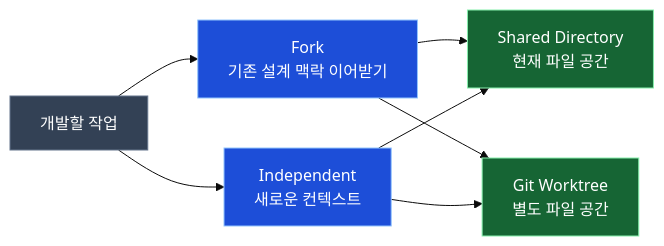
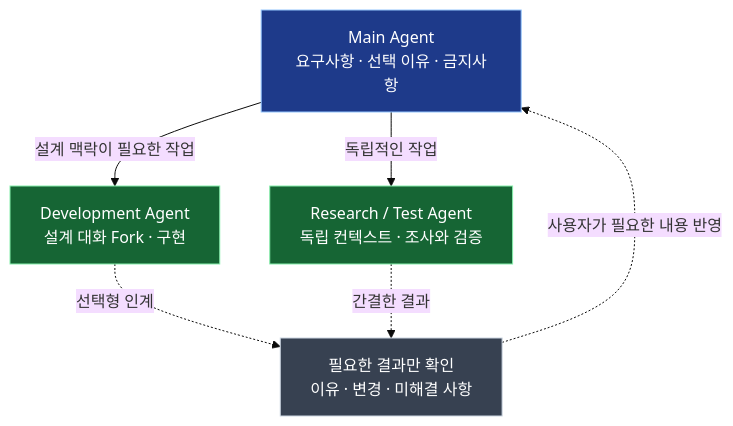
One commit to SEONGMINY/pi-compose changed the diagram in README.md. Above: the diagram before and after it, drawn with Mermaid (base theme). The commit also changed other lines of this file, not shown here.

Commit message:
docs: lead Pi Compose README with concrete work experience instead of feature inventory

````diff
--- a/README.md
+++ b/README.md
@@ -87,22 +35,20 @@
 ```mermaid
-flowchart LR
-  START["개발할 작업"]
-  FORK["Fork<br/>기존 설계 맥락 이어받기"]
-  INDEP["Independent<br/>새로운 컨텍스트"]
-  SHARED["Shared Directory<br/>현재 파일 공간"]
-  TREE["Git Worktree<br/>별도 파일 공간"]
+flowchart TD
+    M["Main Agent<br/>요구사항 · 선택 이유 · 금지사항"]
+    D["Development Agent<br/>설계 대화 Fork · 구현"]
+    R["Research / Test Agent<br/>독립 컨텍스트 · 조사와 검증"]
+    H["필요한 결과만 확인<br/>이유 · 변경 · 미해결 사항"]
 
-  START --> FORK
-  START --> INDEP
-  FORK --> SHARED
-  FORK --> TREE
-  INDEP --> SHARED
-  INDEP --> TREE
+    M -->|"설계 맥락이 필요한 작업"| D
+    M -->|"독립적인 작업"| R
+    D -.->|"선택형 인계"| H
+    R -.->|"간결한 결과"| H
+    H -.->|"사용자가 필요한 내용 반영"| M
 
-  classDef neutral fill:#334155,stroke:#64748b,color:#fff
-  classDef context fill:#1d4ed8,stroke:#93c5fd,color:#fff
-  classDef workspace fill:#166534,stroke:#86efac,color:#fff
-  class START neutral
-  class FORK,INDEP context
-  class SHARED,TREE workspace
+    classDef main fill:#1e3a8a,stroke:#93c5fd,color:#ffffff
+    classDef work fill:#166534,stroke:#86efac,color:#ffffff
+    classDef result fill:#374151,stroke:#cbd5e1,color:#ffffff
+    class M main
+    class D,R work
+    class H result
 ```
````
